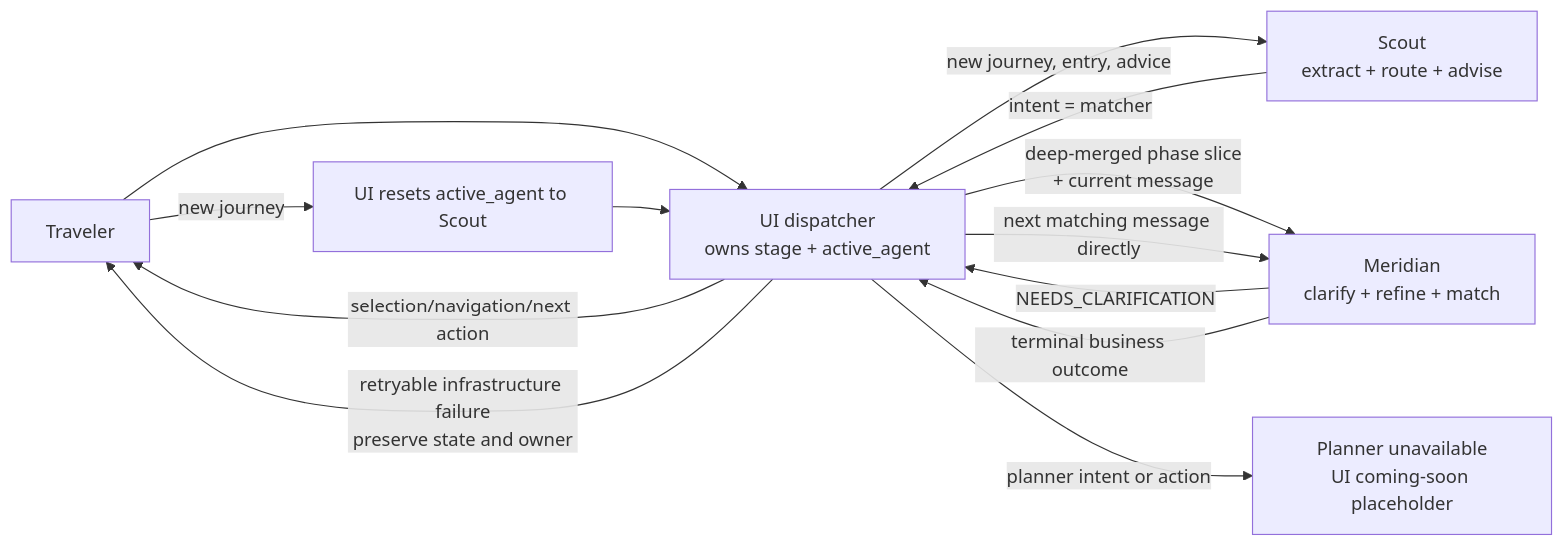
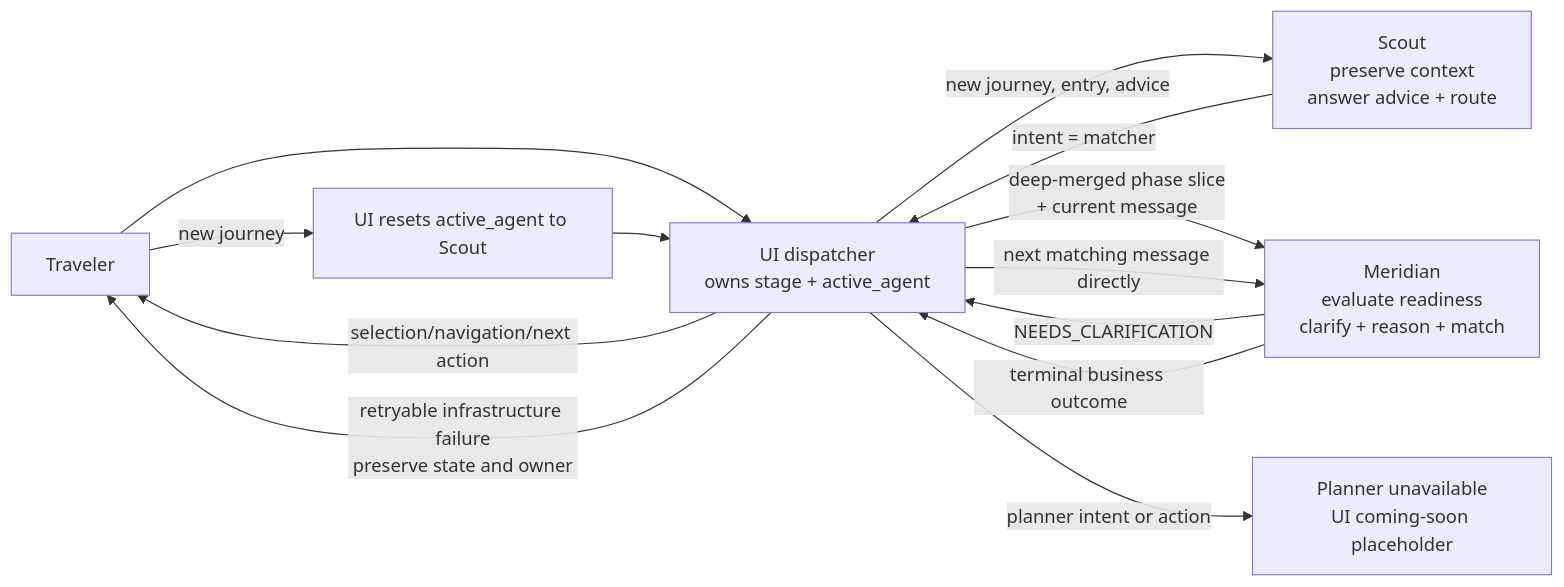
The diagram in ARCHITECTURE.md (agarwalnaina1496/TWM_Docs), drawn with Mermaid before and after one commit. The commit also changed other lines of this file and 6 other files, not shown here.

````diff
--- a/ARCHITECTURE.md
+++ b/ARCHITECTURE.md
@@ -24,14 +24,14 @@
 ```mermaid
 flowchart LR
     Traveler["Traveler"] --> UI["UI dispatcher<br/>owns stage + active_agent"]
-    UI -->|new journey, entry, advice| Scout["Scout<br/>extract + route + advise"]
+    UI -->|new journey, entry, advice| Scout["Scout<br/>preserve context<br/>answer advice + route"]
     Scout -->|intent = matcher| UI
-    UI -->|deep-merged phase slice<br/>+ current message| Meridian["Meridian<br/>clarify + refine + match"]
+    UI -->|deep-merged phase slice<br/>+ current message| Meridian["Meridian<br/>evaluate readiness<br/>clarify + reason + match"]
     Meridian -->|NEEDS_CLARIFICATION| UI
     UI -->|next matching message directly| Meridian
     Meridian -->|terminal business outcome| UI
     UI -->|selection/navigation/next action| Traveler
     UI -->|planner intent or action| Placeholder["Planner unavailable<br/>UI coming-soon placeholder"]
     UI -->|retryable infrastructure failure<br/>preserve state and owner| Traveler
     Traveler -->|new journey| Reset["UI resets active_agent to Scout"] --> UI
 ```
````
